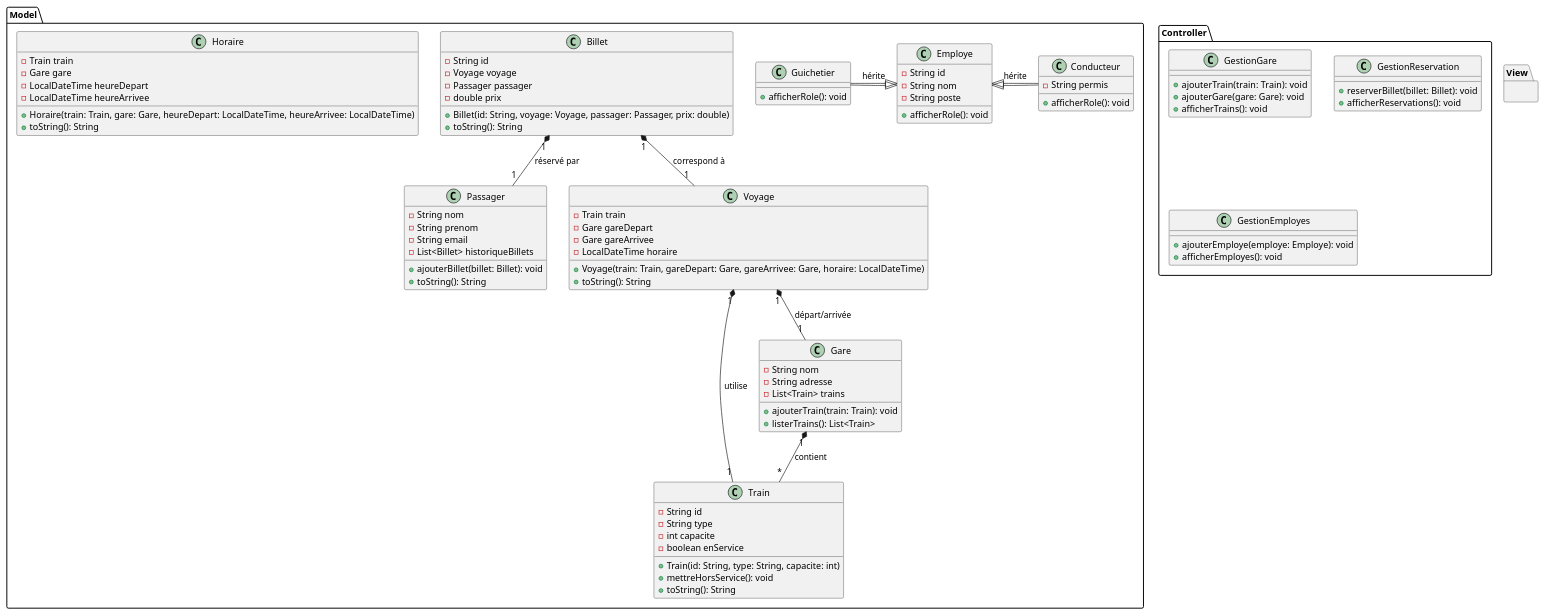
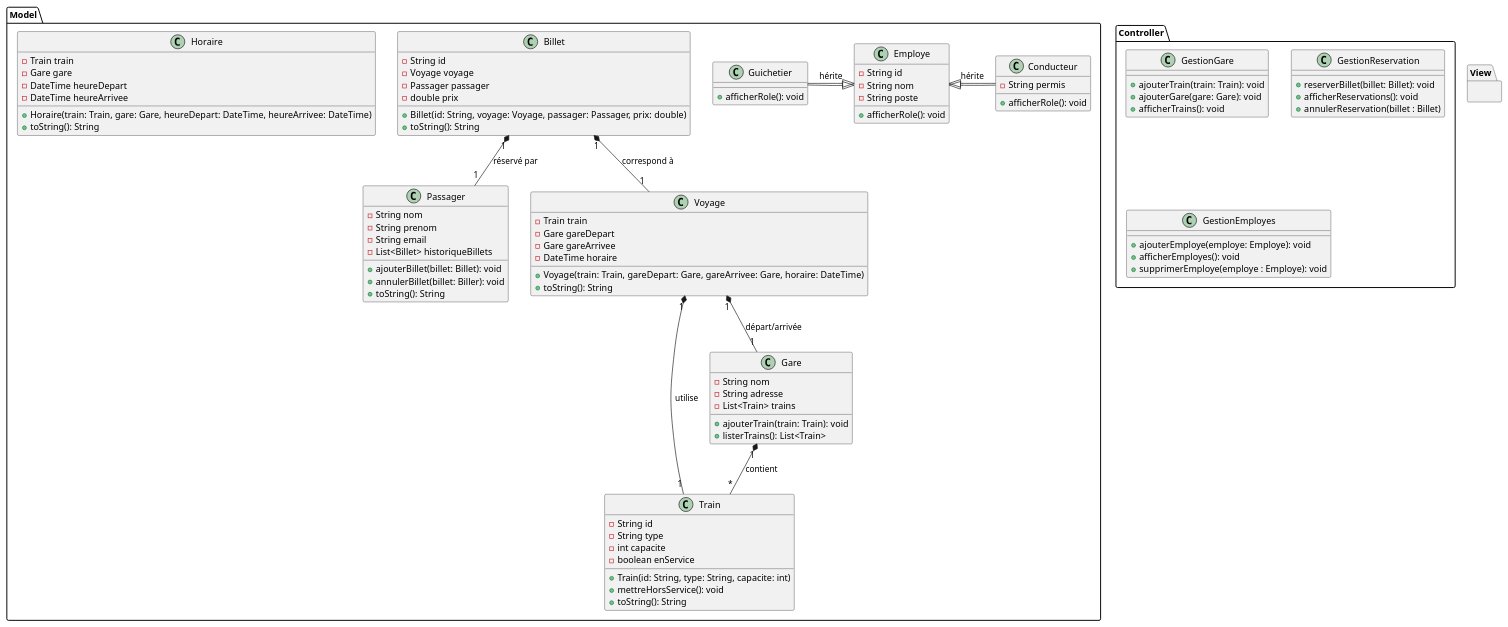
The diagram in gestionGare.puml (tintin491/javaGestionTrain), drawn with PlantUML before and after one commit.

Commit message:
modif uml

```diff
--- a/gestionGare.puml
+++ b/gestionGare.puml
@@ -1,108 +1,111 @@
 @startuml
 'https://plantuml.com/sequence-diagram
 
 package "Model" {
     ' Définition des classes principales
     class Train {
         - String id
         - String type
         - int capacite
         - boolean enService
         + Train(id: String, type: String, capacite: int)
         + mettreHorsService(): void
         + toString(): String
     }
 
     class Gare {
         - String nom
         - String adresse
         - List<Train> trains
         + ajouterTrain(train: Train): void
         + listerTrains(): List<Train>
     }
 
     class Passager {
         - String nom
         - String prenom
         - String email
         - List<Billet> historiqueBillets
         + ajouterBillet(billet: Billet): void
+        + annulerBillet(billet: Biller): void
         + toString(): String
     }
 
     class Billet {
         - String id
         - Voyage voyage
         - Passager passager
         - double prix
         + Billet(id: String, voyage: Voyage, passager: Passager, prix: double)
         + toString(): String
     }
 
     class Voyage {
         - Train train
         - Gare gareDepart
         - Gare gareArrivee
-        - LocalDateTime horaire
-        + Voyage(train: Train, gareDepart: Gare, gareArrivee: Gare, horaire: LocalDateTime)
+        - DateTime horaire
+        + Voyage(train: Train, gareDepart: Gare, gareArrivee: Gare, horaire: DateTime)
         + toString(): String
     }
 
     class Horaire {
         - Train train
         - Gare gare
-        - LocalDateTime heureDepart
-        - LocalDateTime heureArrivee
-        + Horaire(train: Train, gare: Gare, heureDepart: LocalDateTime, heureArrivee: LocalDateTime)
+        - DateTime heureDepart
+        - DateTime heureArrivee
+        + Horaire(train: Train, gare: Gare, heureDepart: DateTime, heureArrivee: DateTime)
         + toString(): String
     }
 
     class Employe {
         - String id
         - String nom
         - String poste
         + afficherRole(): void
     }
 
     class Conducteur extends Employe {
         - String permis
         + afficherRole(): void
     }
 
     class Guichetier extends Employe {
         + afficherRole(): void
     }
 
     Gare "1" *-- "*" Train : contient
     Voyage "1" *-- "1" Train : utilise
     Voyage "1" *-- "1" Gare : départ/arrivée
     Billet "1" *-- "1" Voyage : correspond à
     Billet "1" *-- "1" Passager : réservé par
     Conducteur -|> Employe : hérite
     Guichetier -|> Employe : hérite
 
 }
 
 package "View"{
 
 
 }
 
 package "Controller"{
         class GestionGare {
             + ajouterTrain(train: Train): void
             + ajouterGare(gare: Gare): void
             + afficherTrains(): void
         }
 
         class GestionReservation {
             + reserverBillet(billet: Billet): void
             + afficherReservations(): void
+            + annulerReservation(billet : Billet)
         }
 
         class GestionEmployes {
             + ajouterEmploye(employe: Employe): void
             + afficherEmployes(): void
+            + supprimerEmploye(employe : Employe): void
         }
 }
 @enduml
```
